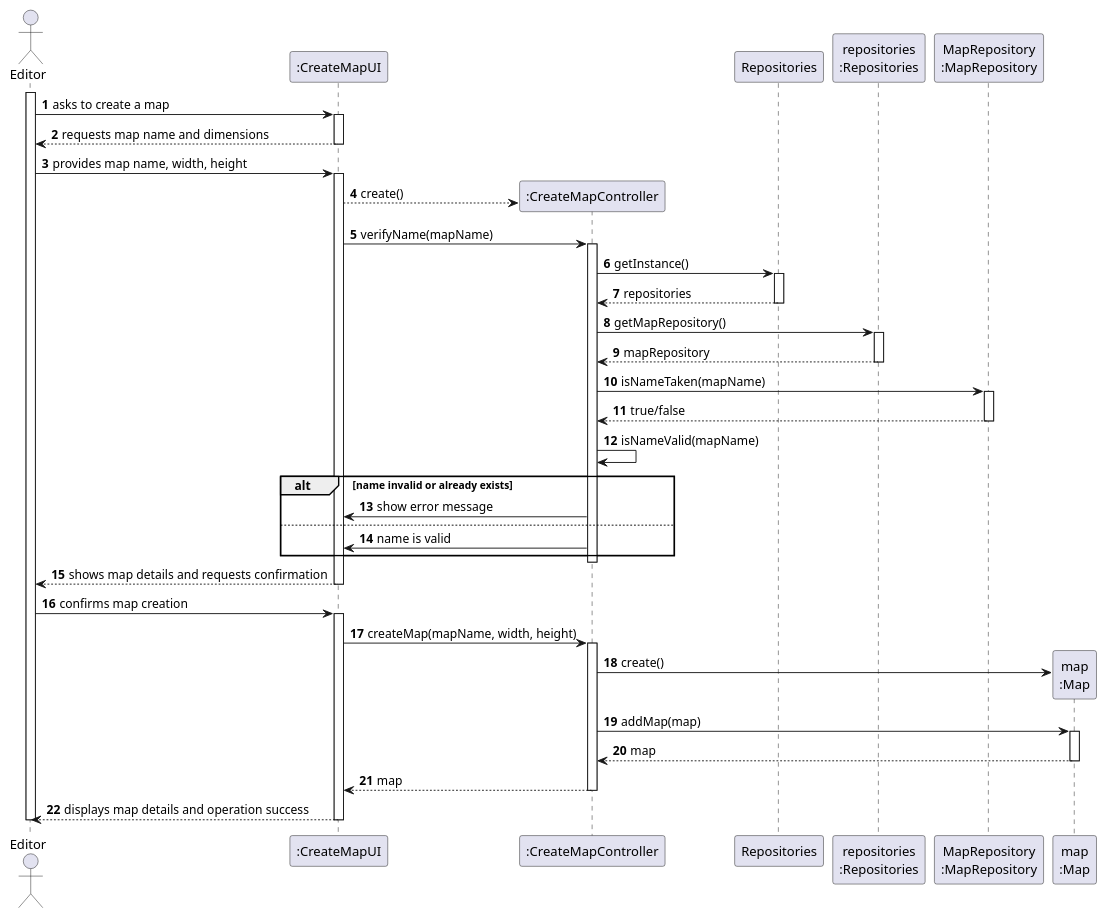
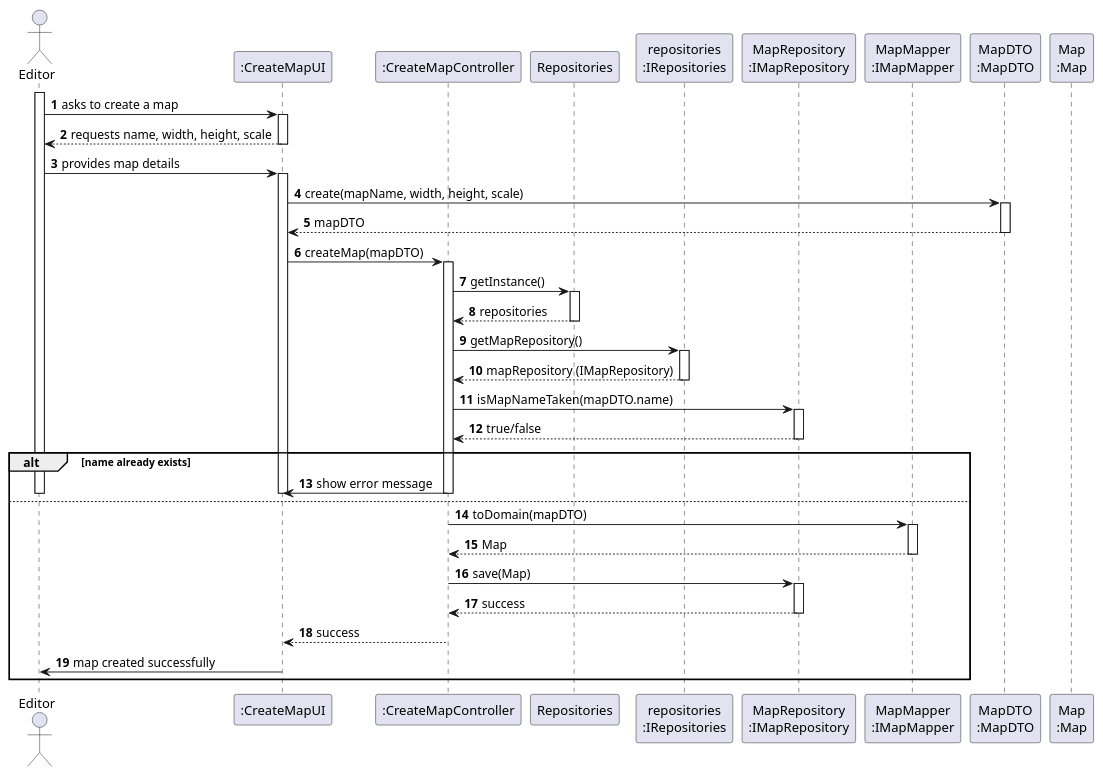
Before and after one commit to Educ00/mdisc-2425: the diagram in docs/system-documentation/sprint 3/US01/03.design/puml/US001-SD-full.puml, drawn with PlantUML. The commit also changed 9 other files, not shown here.

```diff
--- a/docs/system-documentation/sprint 3/US01/03.design/puml/US001-SD-full.puml
+++ b/docs/system-documentation/sprint 3/US01/03.design/puml/US001-SD-full.puml
@@ -1,74 +1,72 @@
 @startuml
 skinparam packageStyle rectangle
 skinparam shadowing false
-
 autonumber
 
-actor "Editor" as Editor
+actor "Editor" as EDITOR
 participant ":CreateMapUI" as UI
 participant ":CreateMapController" as CTRL
 participant "Repositories" as REPOS
-participant "repositories\n:Repositories" as REPOS_SINGLETON
-participant "MapRepository\n:MapRepository" as MAP_REPO
-participant "map\n:Map" as MAP
-activate Editor
+participant "repositories\n:IRepositories" as IREPOS
+participant "MapRepository\n:IMapRepository" as IMAP_REPO
+participant "MapMapper\n:IMapMapper" as MAP_MAPPER
+participant "MapDTO\n:MapDTO" as DTO
+participant "Map\n:Map" as MAP
 
-Editor -> UI : asks to create a map
+activate EDITOR
+EDITOR -> UI : asks to create a map
 activate UI
 
-UI --> Editor : requests map name and dimensions
+UI --> EDITOR : requests name, width, height, scale
 deactivate UI
 
-Editor -> UI : provides map name, width, height
+EDITOR -> UI : provides map details
 activate UI
-UI --> CTRL** : create()
-UI -> CTRL : verifyName(mapName)
+
+UI -> DTO : create(mapName, width, height, scale)
+activate DTO
+DTO --> UI : mapDTO
+deactivate DTO
+
+UI -> CTRL : createMap(mapDTO)
 activate CTRL
+
 CTRL -> REPOS : getInstance()
-
 activate REPOS
 REPOS --> CTRL : repositories
 deactivate REPOS
 
-CTRL -> REPOS_SINGLETON : getMapRepository()
-activate REPOS_SINGLETON
-REPOS_SINGLETON --> CTRL : mapRepository
-deactivate REPOS_SINGLETON
+CTRL -> IREPOS : getMapRepository()
+activate IREPOS
+IREPOS --> CTRL : mapRepository (IMapRepository)
+deactivate IREPOS
 
-CTRL -> MAP_REPO : isNameTaken(mapName)
-activate MAP_REPO
-MAP_REPO --> CTRL : true/false
-deactivate MAP_REPO
+CTRL -> IMAP_REPO : isMapNameTaken(mapDTO.name)
+activate IMAP_REPO
+IMAP_REPO --> CTRL : true/false
+deactivate IMAP_REPO
 
-CTRL -> CTRL : isNameValid(mapName)
-  alt name invalid or already exists
-                        CTRL -> UI : show error message
-                    else
-                        CTRL -> UI : name is valid
-                    end
-deactivate CTRL
-UI --> Editor : shows map details and requests confirmation
-deactivate UI
+alt name already exists
+    CTRL -> UI : show error message
+    deactivate CTRL
+    deactivate UI
+    deactivate EDITOR
+else
+    CTRL -> MAP_MAPPER : toDomain(mapDTO)
+    activate MAP_MAPPER
+    MAP_MAPPER --> CTRL : Map
+    deactivate MAP_MAPPER
 
-Editor -> UI : confirms map creation
-activate UI
+    CTRL -> IMAP_REPO : save(Map)
+    activate IMAP_REPO
+    IMAP_REPO --> CTRL : success
+    deactivate IMAP_REPO
 
-UI -> CTRL : createMap(mapName, width, height)
-activate CTRL
-CTRL -> MAP** : create()
+    CTRL --> UI : success
+    deactivate CTRL
 
-CTRL -> MAP : addMap(map)
-activate MAP
-MAP --> CTRL : map
-deactivate MAP
-
-
-
-CTRL --> UI : map
-deactivate CTRL
-
-UI --> Editor : displays map details and operation success
-deactivate UI
-
-deactivate Editor
+    UI -> EDITOR : map created successfully
+    deactivate UI
+    deactivate EDITOR
+end
 @enduml
```
